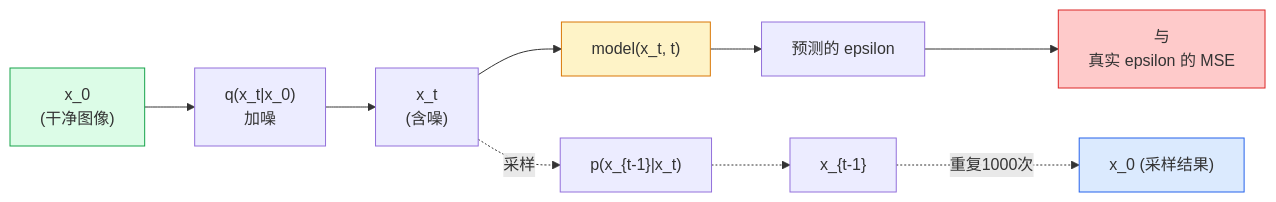
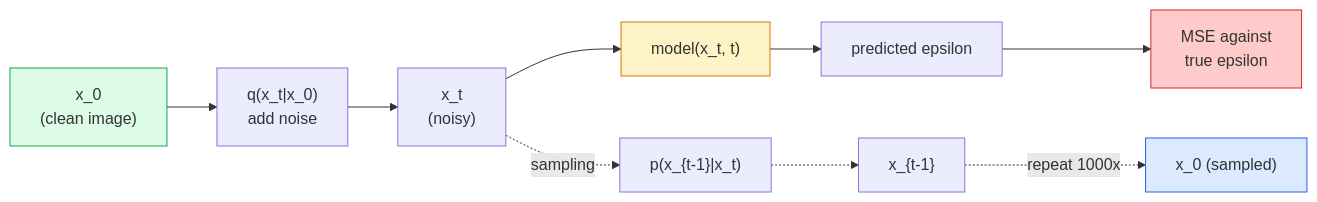
One commit to xiaojiaenen/ai-engineering-from-scratch-zh changed the diagram in i18n/zh/phases/04-computer-vision/10-image-generation-diffusion/docs/zh.md. Above: the diagram before and after it, drawn with Mermaid. The commit also changed other lines of this file and 28 other files, not shown here.

````diff
--- a/i18n/zh/phases/04-computer-vision/10-image-generation-diffusion/docs/zh.md
+++ b/i18n/zh/phases/04-computer-vision/10-image-generation-diffusion/docs/zh.md
@@ -59,17 +59,17 @@
 ```mermaid
 flowchart LR
-    X0["x_0<br/>(干净图像)"] --> Q1["q(x_t|x_0)<br/>加噪"]
-    Q1 --> XT["x_t<br/>(含噪)"]
+    X0["x_0<br/>(clean image)"] --> Q1["q(x_t|x_0)<br/>add noise"]
+    Q1 --> XT["x_t<br/>(noisy)"]
     XT --> MODEL["model(x_t, t)"]
-    MODEL --> EPS["预测的 epsilon"]
-    EPS --> LOSS["与<br/>真实 epsilon 的 MSE"]
+    MODEL --> EPS["predicted epsilon"]
+    EPS --> LOSS["MSE against<br/>true epsilon"]
 
-    XT -.->|采样| STEP["p(x_{t-1}|x_t)"]
+    XT -.->|sampling| STEP["p(x_{t-1}|x_t)"]
     STEP -.-> XT1["x_{t-1}"]
-    XT1 -.->|重复1000次| X0S["x_0 (采样结果)"]
+    XT1 -.->|repeat 1000x| X0S["x_0 (sampled)"]
 
     style X0 fill:#dcfce7,stroke:#16a34a
     style MODEL fill:#fef3c7,stroke:#d97706
     style LOSS fill:#fecaca,stroke:#dc2626
     style X0S fill:#dbeafe,stroke:#2563eb
 ```
````
